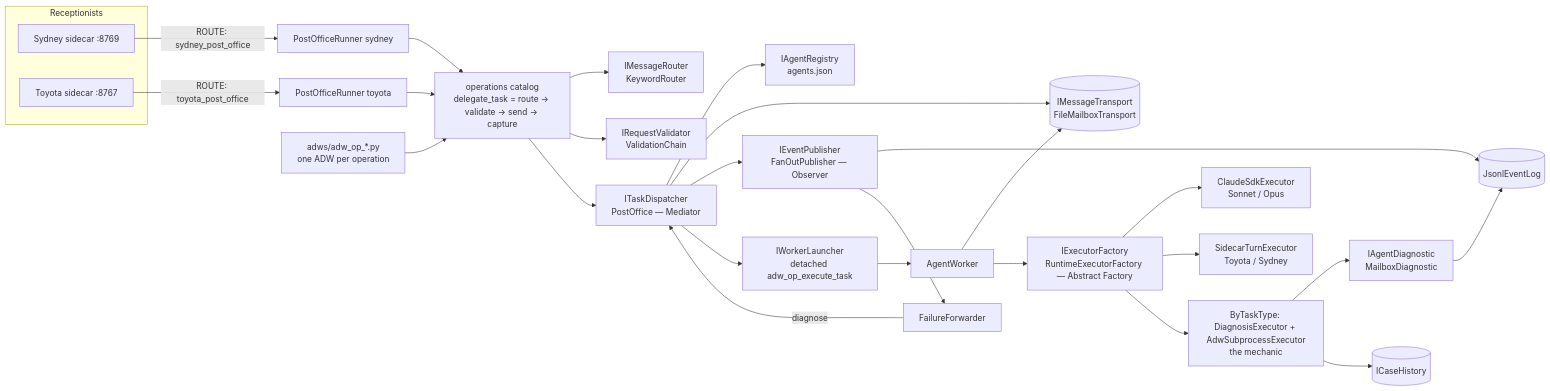
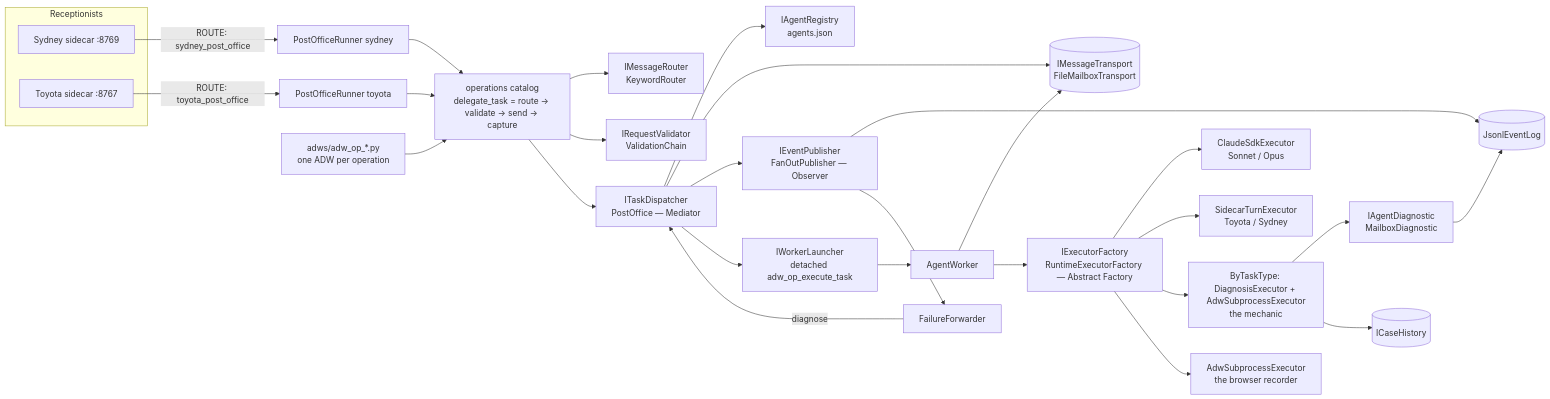
One commit to EGAdams/agent_blocks changed the first of 2 diagrams in lancedb_memory/agent_comms/README.md. Above: the diagram before and after it, drawn with Mermaid. The commit also changed other lines of this file and 181 other files, not shown here.

Commit message:
feat: add browser recorder and agent-safe playback workflows

````diff
--- a/lancedb_memory/agent_comms/README.md
+++ b/lancedb_memory/agent_comms/README.md
@@ -55,28 +55,29 @@
 ```mermaid
 flowchart LR
     subgraph Receptionists
         S[Sydney sidecar :8769]
         T[Toyota sidecar :8767]
     end
     S -- "ROUTE: sydney_post_office" --> PR1[PostOfficeRunner sydney]
     T -- "ROUTE: toyota_post_office" --> PR2[PostOfficeRunner toyota]
     PR1 & PR2 --> OPS[operations catalog<br/>delegate_task = route → validate → send → capture]
     CLI[adws/adw_op_*.py<br/>one ADW per operation] --> OPS
     OPS --> R[IMessageRouter<br/>KeywordRouter]
     OPS --> V[IRequestValidator<br/>ValidationChain]
     OPS --> PO[ITaskDispatcher<br/>PostOffice — Mediator]
     PO --> REG[IAgentRegistry<br/>agents.json]
     PO --> MB[(IMessageTransport<br/>FileMailboxTransport)]
     PO --> EV[IEventPublisher<br/>FanOutPublisher — Observer]
     PO --> L[IWorkerLauncher<br/>detached adw_op_execute_task]
     L --> W[AgentWorker]
     W --> MB
     W --> F[IExecutorFactory<br/>RuntimeExecutorFactory — Abstract Factory]
     F --> CS[ClaudeSdkExecutor<br/>Sonnet / Opus]
     F --> SC[SidecarTurnExecutor<br/>Toyota / Sydney]
     F --> ME[ByTaskType: DiagnosisExecutor + AdwSubprocessExecutor<br/>the mechanic]
+    F --> BR[AdwSubprocessExecutor<br/>the browser recorder]
     EV --> LOG[(JsonlEventLog)]
     EV --> FF[FailureForwarder] -- "diagnose" --> PO
     ME --> DG[IAgentDiagnostic<br/>MailboxDiagnostic] --> LOG
     ME --> CH[(ICaseHistory)]
 ```
````
